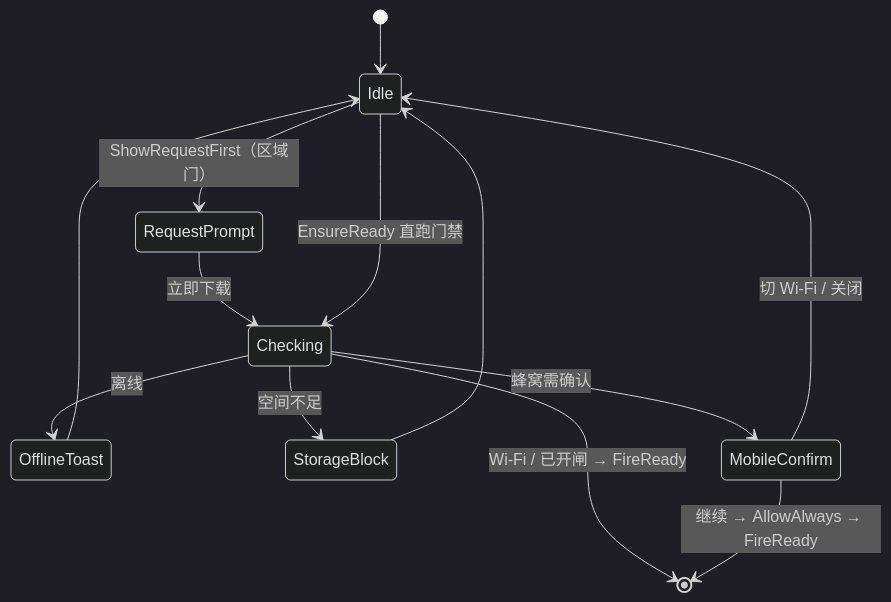
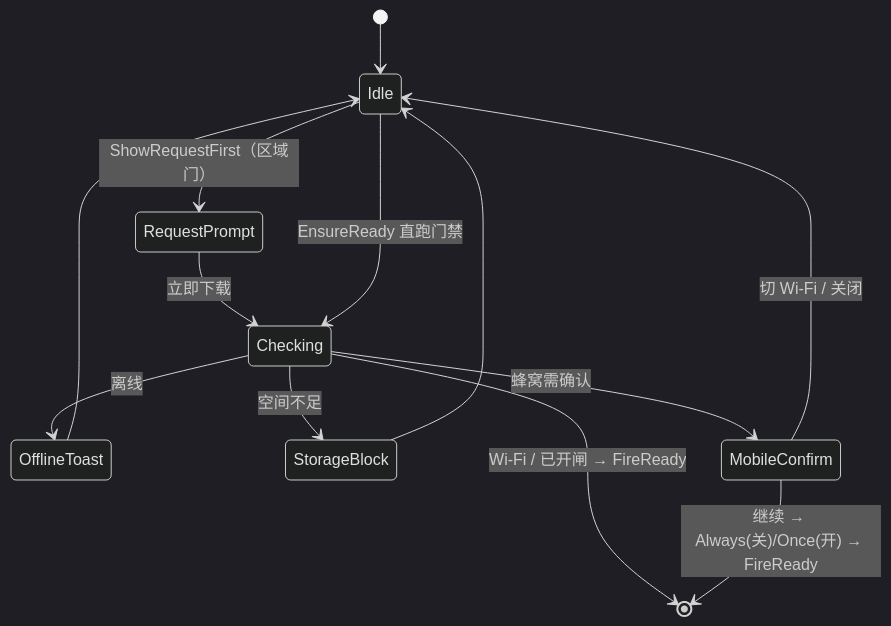
Before and after one commit to sika0819/CustomSRP: the seventh of 12 diagrams in Assets/GameMain/Docs/13-bank-download.md, drawn with Mermaid (dark theme). The commit also changed other lines of this file and 163 other files, not shown here.

First line of the commit message:
feat(island): polish oil clouds, terrain grass, and bank download flow

````diff
--- a/Assets/GameMain/Docs/13-bank-download.md
+++ b/Assets/GameMain/Docs/13-bank-download.md
@@ -217,15 +255,15 @@
 ```mermaid
 stateDiagram-v2
   [*] --> Idle
   Idle --> RequestPrompt: ShowRequestFirst（区域门）
   RequestPrompt --> Checking: 立即下载
   Idle --> Checking: EnsureReady 直跑门禁
   Checking --> OfflineToast: 离线
   Checking --> StorageBlock: 空间不足
   Checking --> MobileConfirm: 蜂窝需确认
   Checking --> [*]: Wi‑Fi / 已开闸 → FireReady
-  MobileConfirm --> [*]: 继续 → AllowAlways → FireReady
+  MobileConfirm --> [*]: 继续 → Always(关)/Once(开) → FireReady
   MobileConfirm --> Idle: 切 Wi‑Fi / 关闭
   OfflineToast --> Idle
   StorageBlock --> Idle
 ```
````
